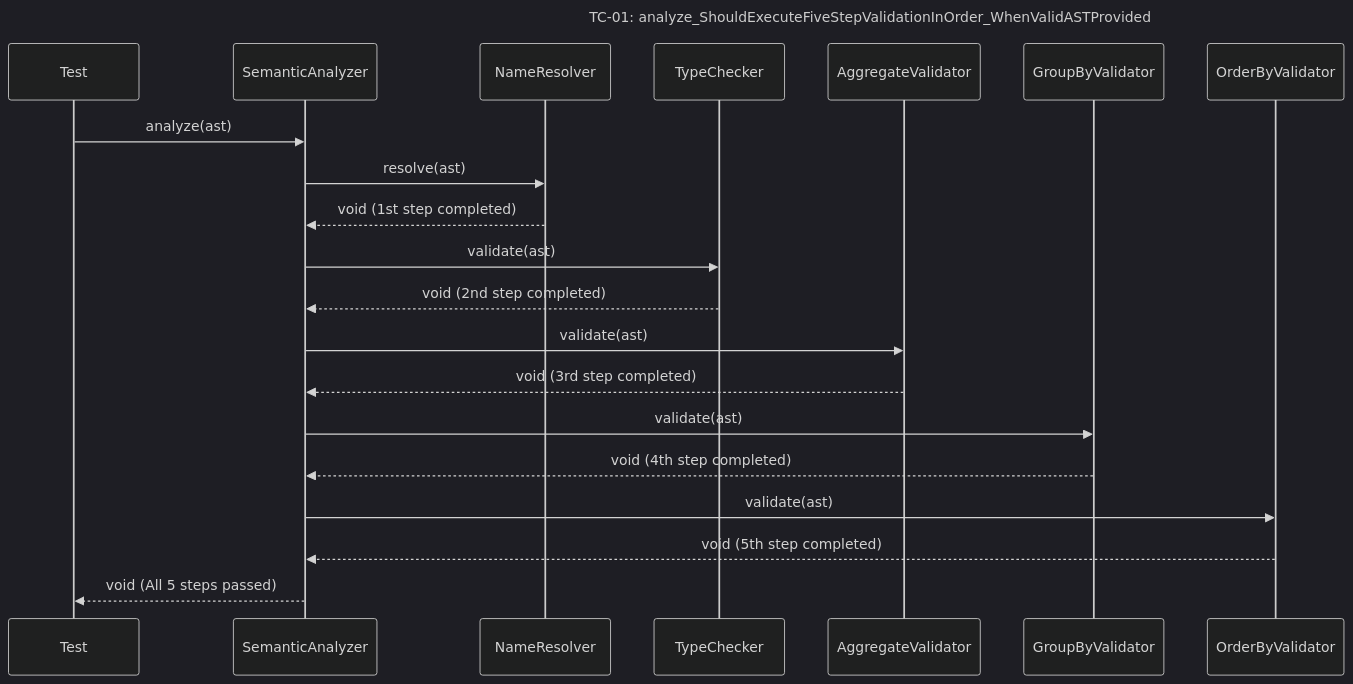
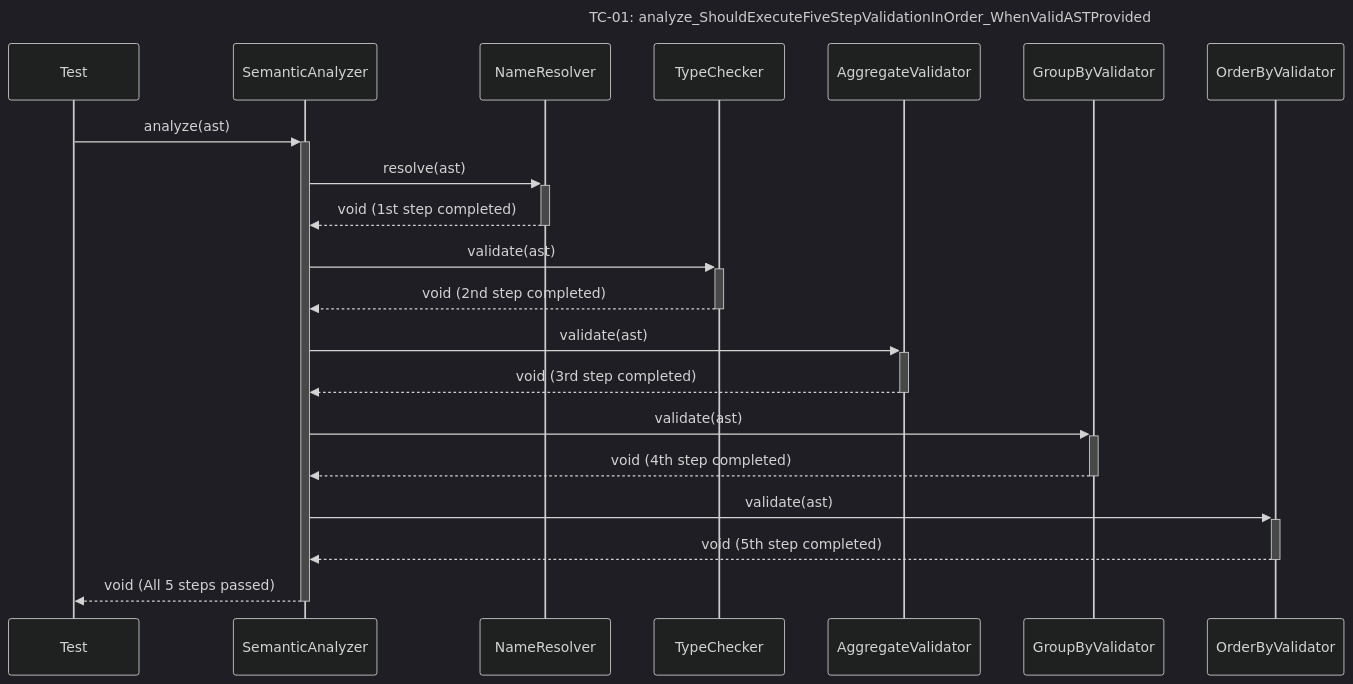
The first of 30 diagrams in docs/unit_test/query_prossor/SequeceTestCase.md (Dikhang1112/Database_Management_BBV), drawn with Mermaid (dark theme) before and after one commit. The commit also changed other lines of this file and 12 other files, not shown here.

Commit message:
Refactor sequece diagram

````diff
--- a/docs/unit_test/query_prossor/SequeceTestCase.md
+++ b/docs/unit_test/query_prossor/SequeceTestCase.md
@@ -12,24 +12,24 @@
 ```mermaid
 sequenceDiagram
     title TC-01: analyze_ShouldExecuteFiveStepValidationInOrder_WhenValidASTProvided
     participant Test
     participant SemanticAnalyzer
     participant NameResolver
     participant TypeChecker
     participant AggregateValidator
     participant GroupByValidator
     participant OrderByValidator
 
-    Test->>SemanticAnalyzer: analyze(ast)
-    SemanticAnalyzer->>NameResolver: resolve(ast)
-    NameResolver-->>SemanticAnalyzer: void (1st step completed)
-    SemanticAnalyzer->>TypeChecker: validate(ast)
-    TypeChecker-->>SemanticAnalyzer: void (2nd step completed)
-    SemanticAnalyzer->>AggregateValidator: validate(ast)
-    AggregateValidator-->>SemanticAnalyzer: void (3rd step completed)
-    SemanticAnalyzer->>GroupByValidator: validate(ast)
-    GroupByValidator-->>SemanticAnalyzer: void (4th step completed)
-    SemanticAnalyzer->>OrderByValidator: validate(ast)
-    OrderByValidator-->>SemanticAnalyzer: void (5th step completed)
-    SemanticAnalyzer-->>Test: void (All 5 steps passed)
+    Test->>+SemanticAnalyzer: analyze(ast)
+    SemanticAnalyzer->>+NameResolver: resolve(ast)
+    NameResolver-->>-SemanticAnalyzer: void (1st step completed)
+    SemanticAnalyzer->>+TypeChecker: validate(ast)
+    TypeChecker-->>-SemanticAnalyzer: void (2nd step completed)
+    SemanticAnalyzer->>+AggregateValidator: validate(ast)
+    AggregateValidator-->>-SemanticAnalyzer: void (3rd step completed)
+    SemanticAnalyzer->>+GroupByValidator: validate(ast)
+    GroupByValidator-->>-SemanticAnalyzer: void (4th step completed)
+    SemanticAnalyzer->>+OrderByValidator: validate(ast)
+    OrderByValidator-->>-SemanticAnalyzer: void (5th step completed)
+    SemanticAnalyzer-->>-Test: void (All 5 steps passed)
 ```
````
